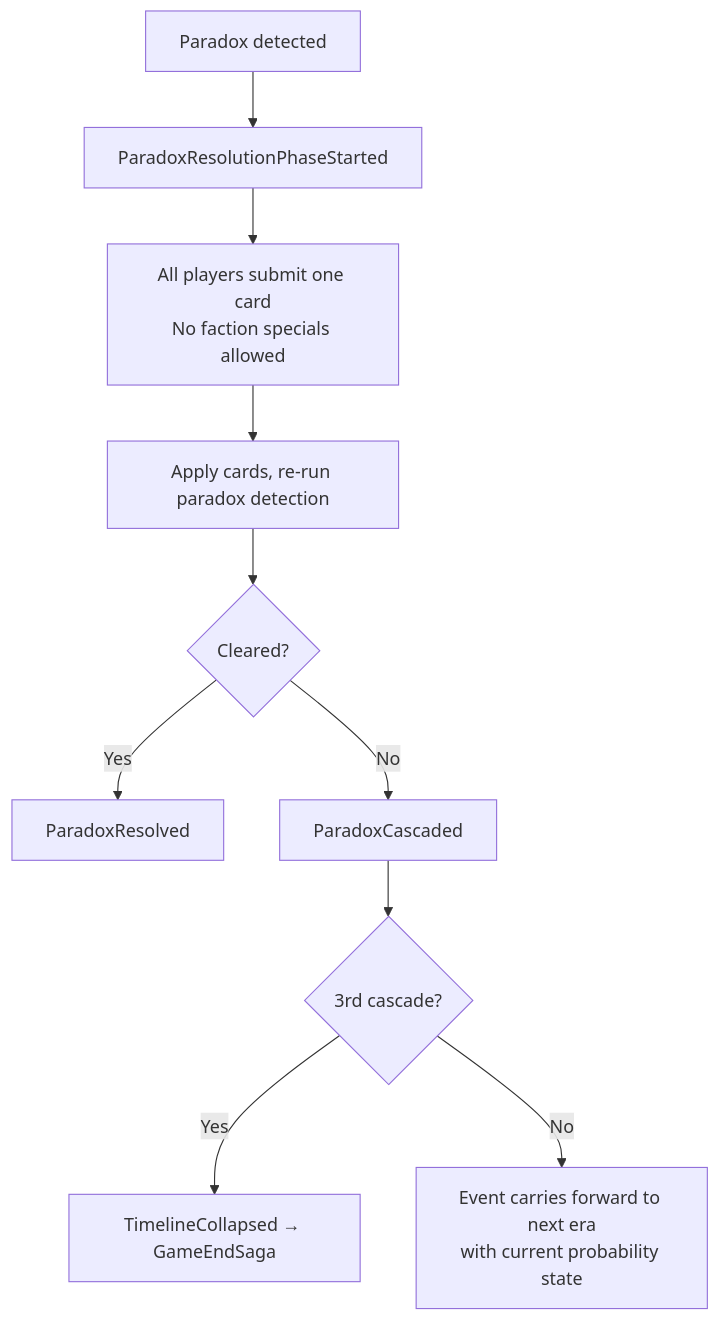
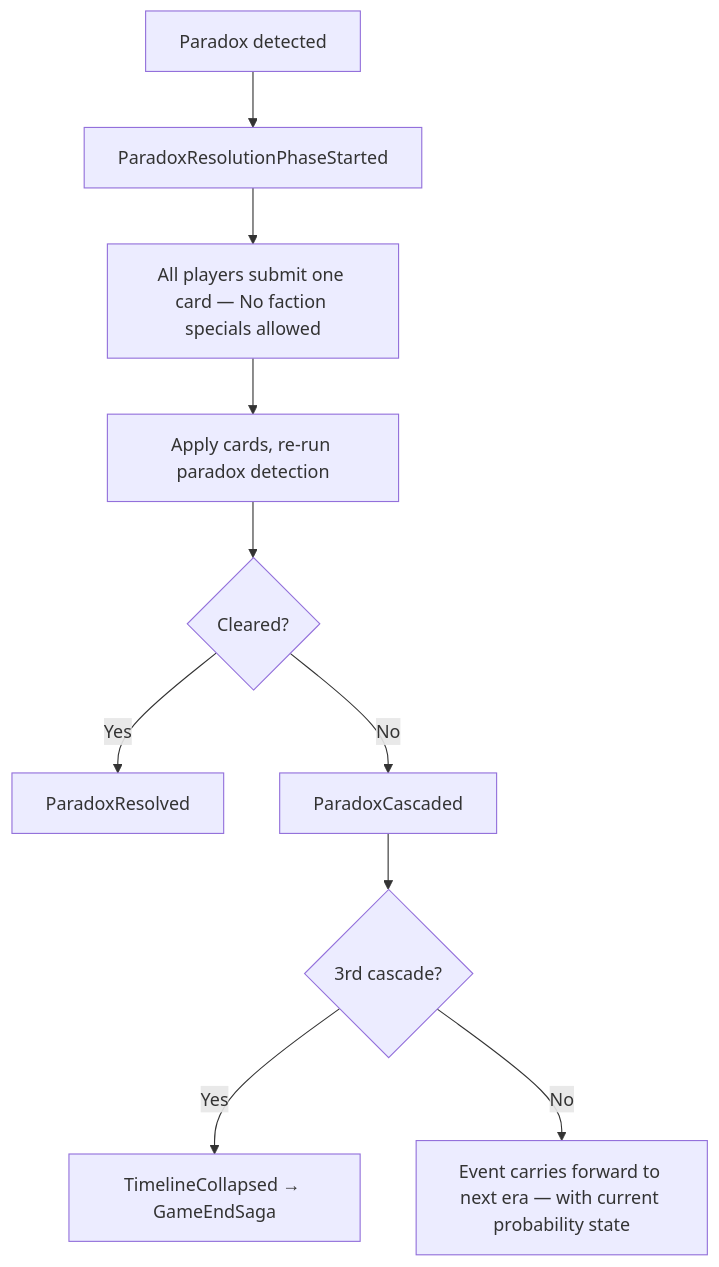
One commit to temporal-rift/docs changed the diagram in game-design/paradox.mdx. Above: the diagram before and after it, drawn with Mermaid. The commit also changed 9 other files, not shown here.

First line of the commit message:
fix: replace literal \n in Mermaid node labels with em-dash separator

````diff
--- a/game-design/paradox.mdx
+++ b/game-design/paradox.mdx
@@ -20,12 +20,12 @@
 ```mermaid
 flowchart TD
   A[Paradox detected] --> B[ParadoxResolutionPhaseStarted]
-  B --> C[All players submit one card\nNo faction specials allowed]
+  B --> C[All players submit one card — No faction specials allowed]
   C --> D[Apply cards, re-run paradox detection]
   D --> E{Cleared?}
   E -->|Yes| F[ParadoxResolved]
   E -->|No| G[ParadoxCascaded]
   G --> H{3rd cascade?}
   H -->|Yes| I[TimelineCollapsed → GameEndSaga]
-  H -->|No| J[Event carries forward to next era\nwith current probability state]
+  H -->|No| J[Event carries forward to next era — with current probability state]
 ```
````
